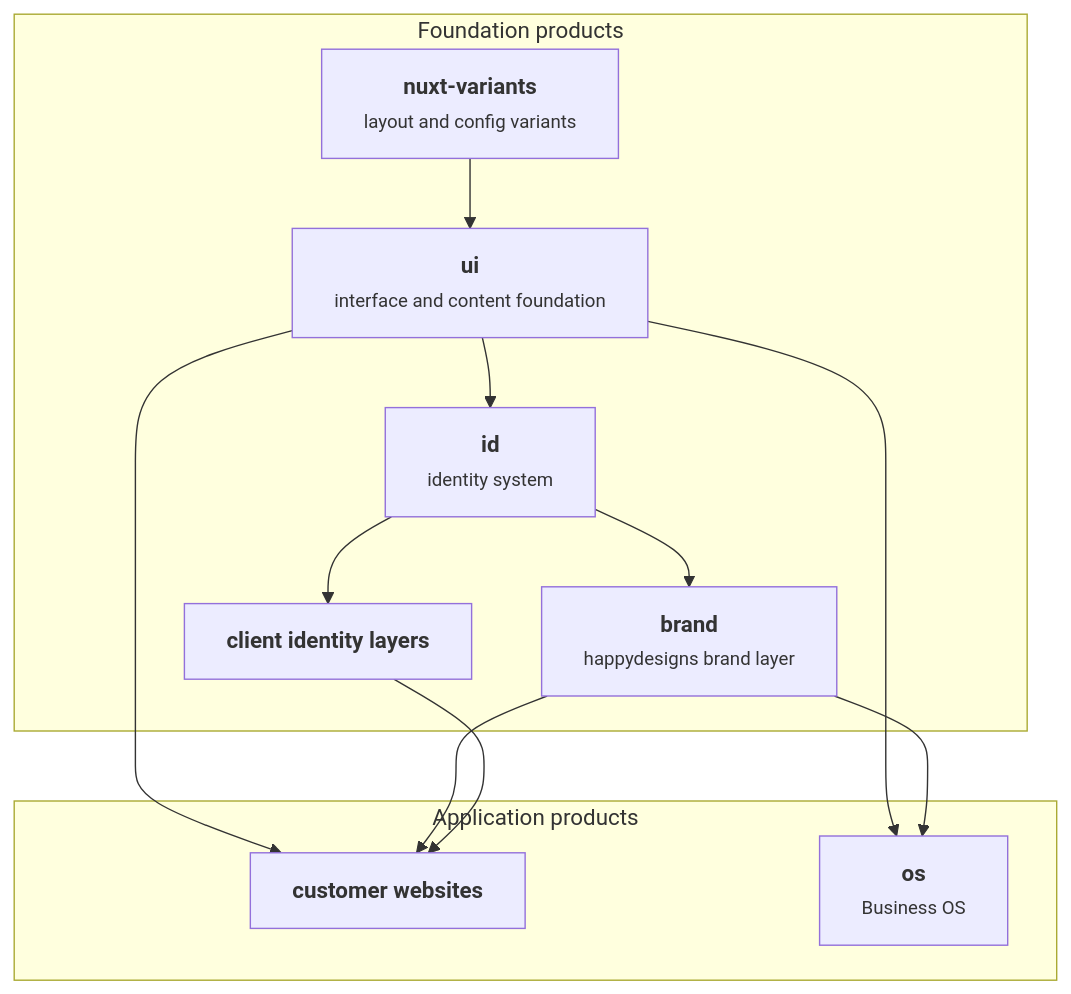
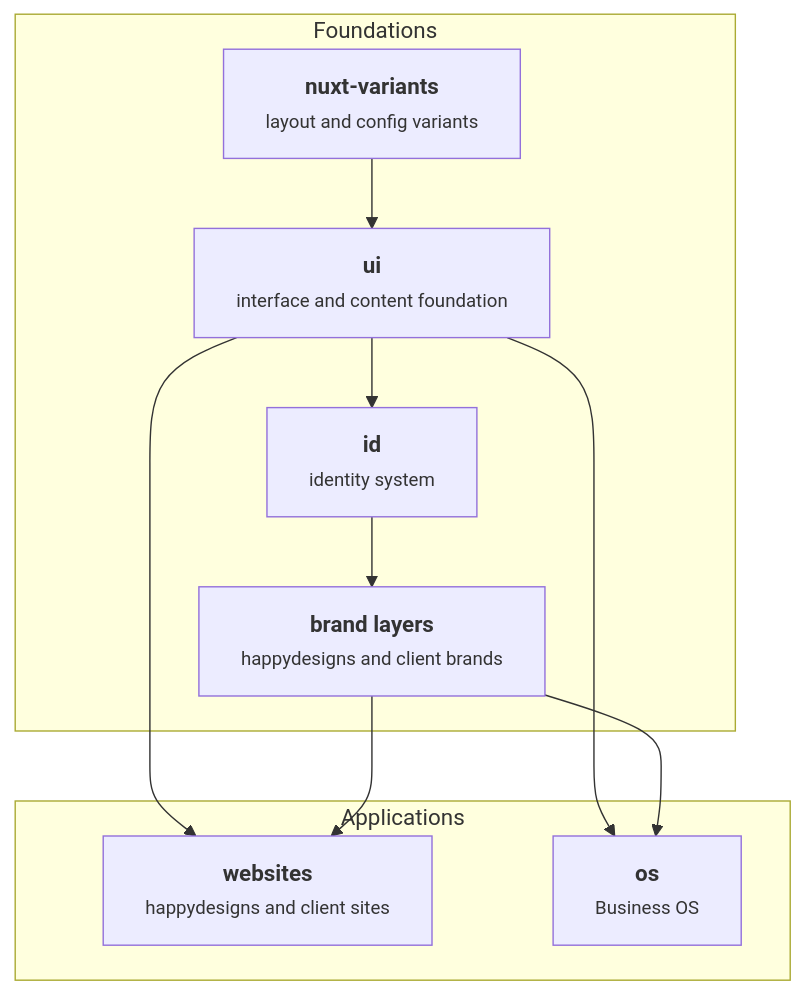
One commit to happydesigns/docs changed the diagram in content/en/1.start/2.product-map.md. Above: the diagram before and after it, drawn with Mermaid. The commit also changed other lines of this file, not shown here.

Commit message:
docs: simplify product relationship diagram

````diff
--- a/content/en/1.start/2.product-map.md
+++ b/content/en/1.start/2.product-map.md
@@ -16,20 +16,18 @@
 ```mermaid
 flowchart TD
-  subgraph Foundations["Foundation products"]
+  subgraph Foundations["Foundations"]
     Variants["<strong>nuxt-variants</strong><br/><small>layout and config variants</small>"] --> UI["<strong>ui</strong><br/><small>interface and content foundation</small>"]
     UI --> ID["<strong>id</strong><br/><small>identity system</small>"]
-    ID --> Brand["<strong>brand</strong><br/><small>happydesigns brand layer</small>"]
-    ID --> ClientIdentity["<strong>client identity layers</strong>"]
+    ID --> BrandLayers["<strong>brand layers</strong><br/><small>happydesigns and client brands</small>"]
   end
 
-  subgraph Applications["Application products"]
-    Sites["<strong>customer websites</strong>"]
+  subgraph Applications["Applications"]
+    Websites["<strong>websites</strong><br/><small>happydesigns and client sites</small>"]
     OS["<strong>os</strong><br/><small>Business OS</small>"]
   end
 
-  UI --> Sites
+  UI --> Websites
   UI --> OS
-  Brand --> Sites
-  Brand --> OS
-  ClientIdentity --> Sites
+  BrandLayers --> Websites
+  BrandLayers --> OS
 ```
````
